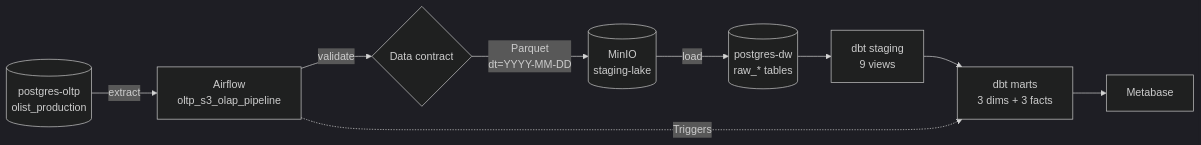
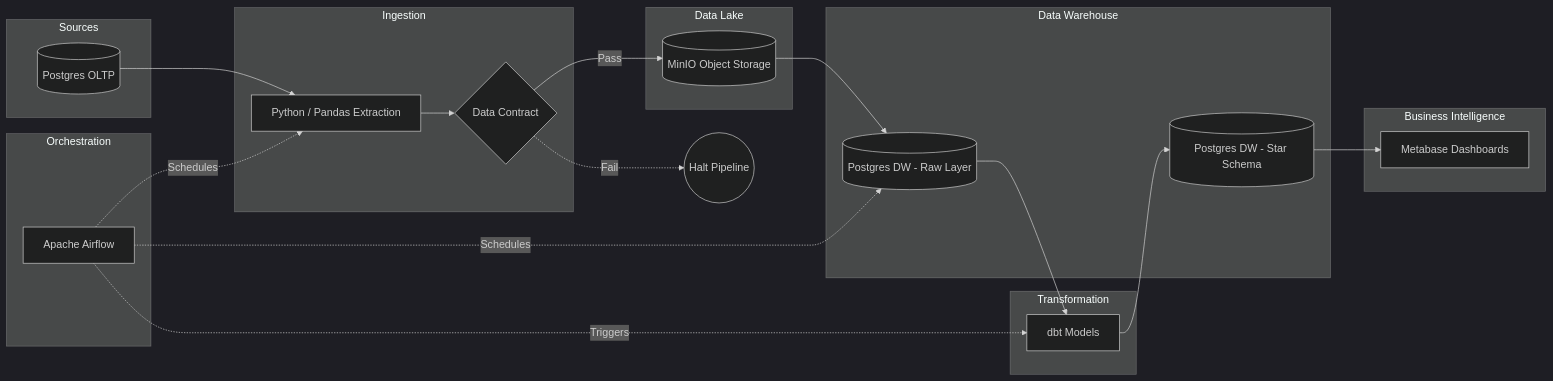
The diagram in README.md (nithyakotcherla/Olist-E-Commerce), drawn with Mermaid (dark theme) before and after one commit. The commit also changed other lines of this file and 3 other files, not shown here.

First line of the commit message:
docs: add the README, architecture diagram and dashboard screenshots

````diff
--- a/README.md
+++ b/README.md
@@ -17,12 +37,57 @@
-```mermaid
+``` mermaid
 flowchart LR
-    A[(postgres-oltp<br/>olist_production)] -->|extract| B[Airflow<br/>oltp_s3_olap_pipeline]
-    B -->|validate| C{Data contract}
-    C -->|Parquet<br/>dt=YYYY-MM-DD| D[(MinIO<br/>staging-lake)]
-    D -->|load| E[(postgres-dw<br/>raw_* tables)]
-    E --> F[dbt staging<br/>9 views]
-    F --> G[dbt marts<br/>3 dims + 3 facts]
-    G --> H[Metabase]
 
-    B -. Triggers .-> G
+%% ---------------- SOURCES ----------------
+subgraph Sources
+    A[(Postgres OLTP)]
+end
+
+%% ---------------- ORCHESTRATION ----------------
+subgraph Orchestration
+    B[Apache Airflow]
+end
+
+%% ---------------- INGESTION ----------------
+subgraph Ingestion
+    C[Python / Pandas Extraction]
+    V{Data Contract}
+end
+
+%% ---------------- DATA LAKE ----------------
+subgraph Data Lake
+    D[(MinIO Object Storage)]
+end
+
+%% ---------------- DATA WAREHOUSE ----------------
+subgraph Data Warehouse
+    E[(Postgres DW - Raw Layer)]
+    F[(Postgres DW - Star Schema)]
+end
+
+%% ---------------- TRANSFORMATION ----------------
+subgraph Transformation
+    G[dbt Models]
+end
+
+%% ---------------- BI ----------------
+subgraph Business Intelligence
+    H[Metabase Dashboards]
+end
+
+
+%% ----------- DATA FLOW -----------
+A --> C
+C --> V
+V -- Pass --> D
+V -. Fail .-> Halt((Halt Pipeline))
+D --> E
+E --> G
+G --> F
+F --> H
+
+
+%% ----------- ORCHESTRATION -----------
+B -. Schedules .-> C
+B -. Schedules .-> E
+B -. Triggers .-> G
 ```
````
